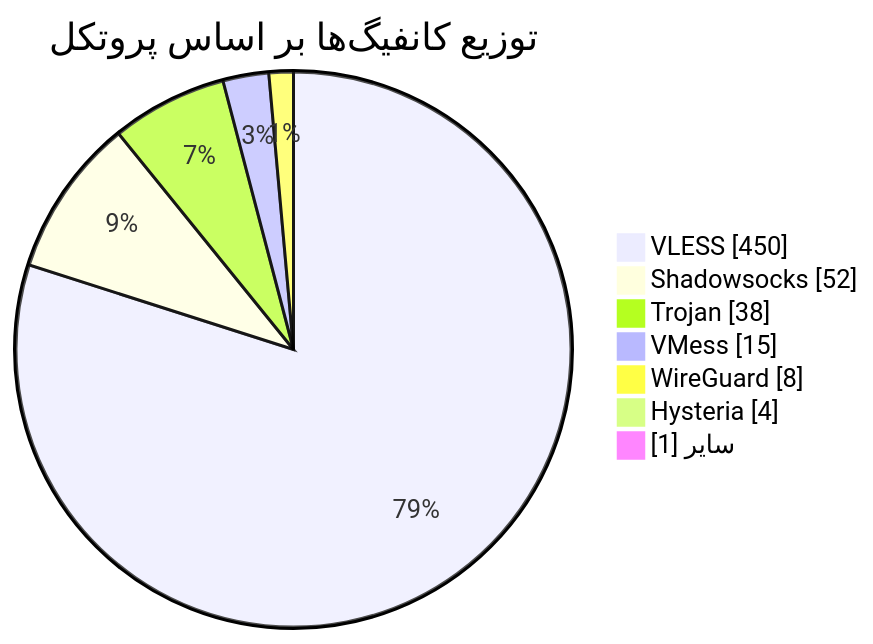
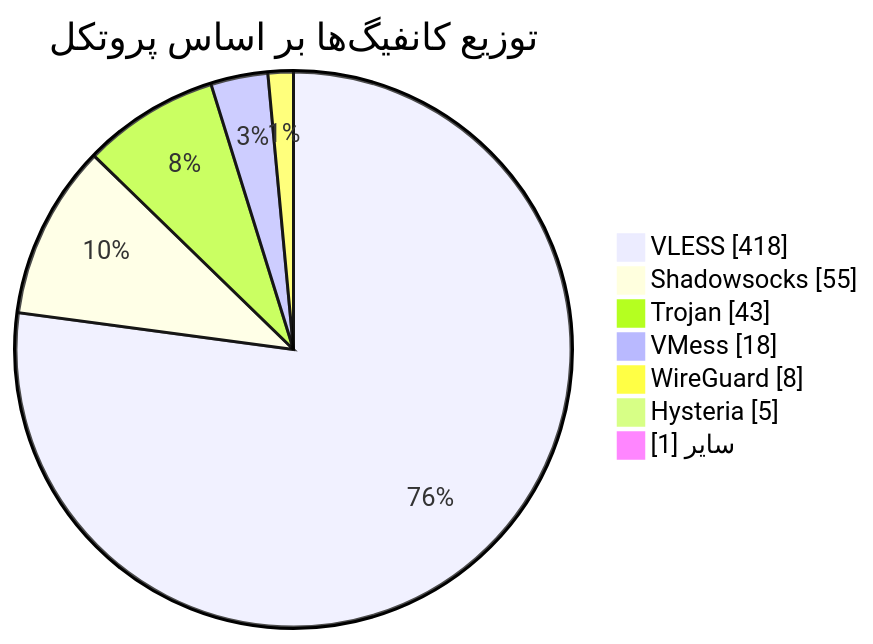
The diagram in README.md (Arian-Alijani/Somthing), drawn with Mermaid before and after one commit. The commit also changed other lines of this file and 17 other files, not shown here.

````diff
--- a/README.md
+++ b/README.md
@@ -49,11 +49,11 @@
 ```mermaid
 pie showData
     title توزیع کانفیگ‌ها بر اساس پروتکل
-    "VLESS" : 450
-    "Shadowsocks" : 52
-    "Trojan" : 38
-    "VMess" : 15
+    "VLESS" : 418
+    "Shadowsocks" : 55
+    "Trojan" : 43
+    "VMess" : 18
     "WireGuard" : 8
-    "Hysteria" : 4
+    "Hysteria" : 5
     "سایر" : 1
 ```
````
